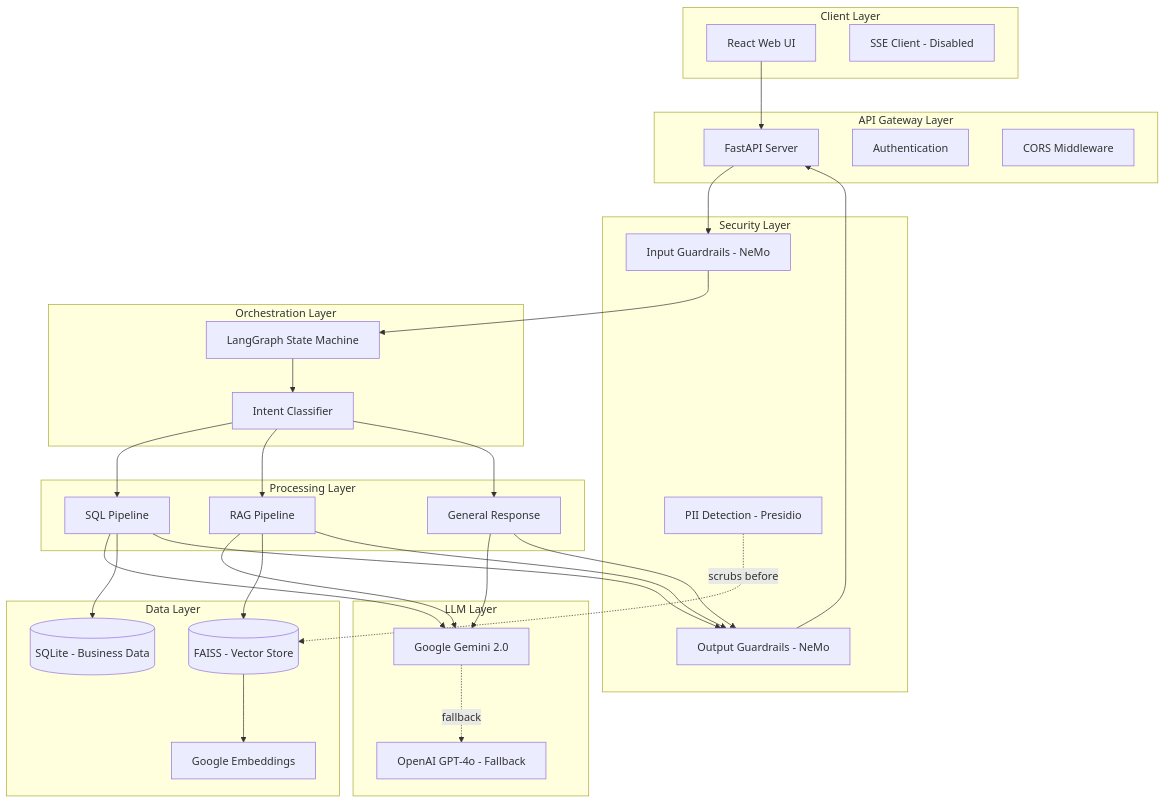
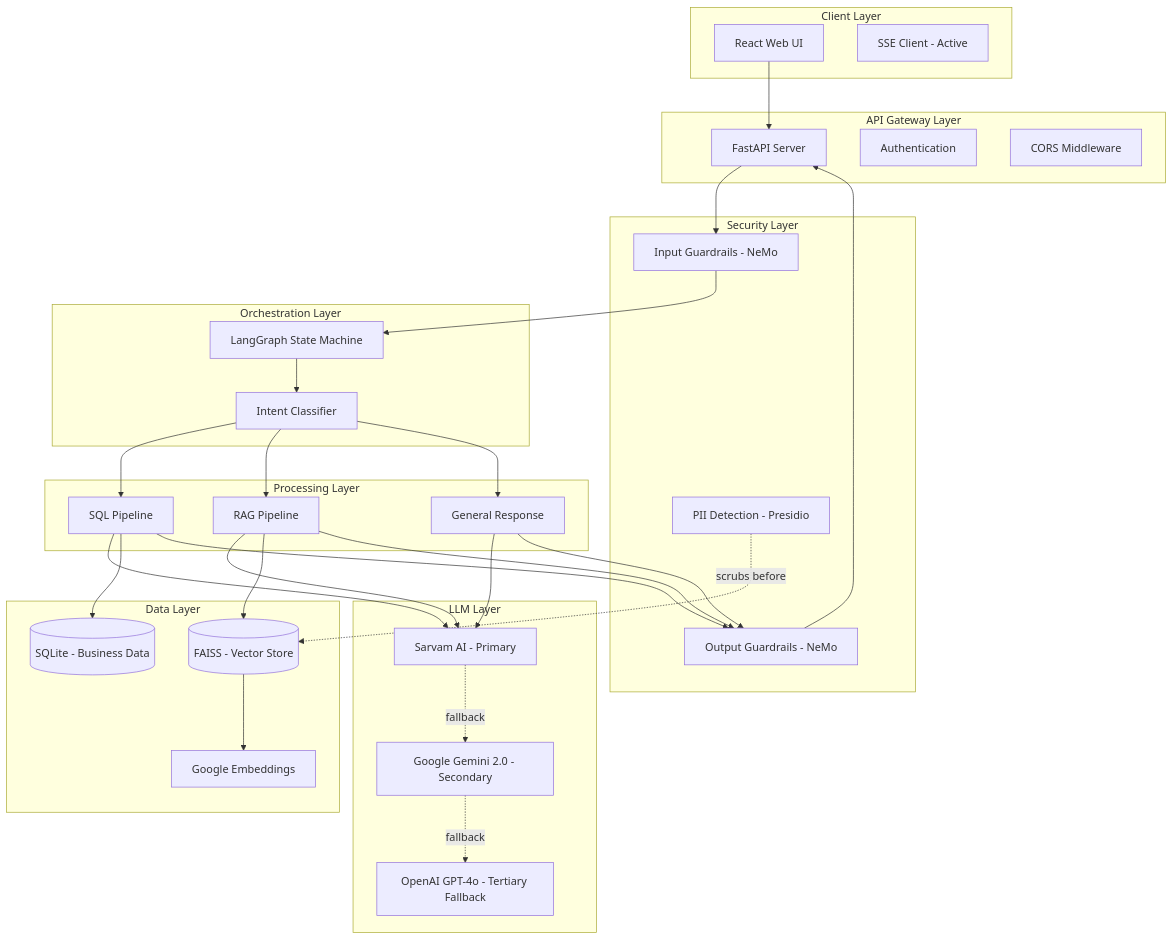
One commit to Tpg1993/text2sqlagent changed the first of 3 diagrams in documentation/HLD.md. Above: the diagram before and after it, drawn with Mermaid. The commit also changed other lines of this file and 2 other files, not shown here.

````diff
--- a/documentation/HLD.md
+++ b/documentation/HLD.md
@@ -9,68 +9,70 @@
 ```mermaid
 graph TB
     subgraph Client["Client Layer"]
         WebUI[React Web UI]
-        SSE["SSE Client - Disabled"]
+        SSE["SSE Client - Active"]
     end
     
     subgraph API["API Gateway Layer"]
         FastAPI[FastAPI Server]
         Auth[Authentication]
         CORS[CORS Middleware]
     end
     
     subgraph Security["Security Layer"]
         InputGuard["Input Guardrails - NeMo"]
         OutputGuard["Output Guardrails - NeMo"]
         PIIDetect["PII Detection - Presidio"]
     end
     
     subgraph Orchestration["Orchestration Layer"]
         LangGraph[LangGraph State Machine]
         Orchestrator[Intent Classifier]
     end
     
     subgraph Processing["Processing Layer"]
         SQL[SQL Pipeline]
         RAG[RAG Pipeline]
         General[General Response]
     end
     
     subgraph LLM["LLM Layer"]
-        Gemini[Google Gemini 2.0]
-        OpenAI["OpenAI GPT-4o - Fallback"]
+        Sarvam["Sarvam AI - Primary"]
+        Gemini["Google Gemini 2.0 - Secondary"]
+        OpenAI["OpenAI GPT-4o - Tertiary Fallback"]
     end
     
     subgraph Data["Data Layer"]
         SQLite[(SQLite - Business Data)]
         FAISS[(FAISS - Vector Store)]
         Embeddings[Google Embeddings]
     end
     
     WebUI --> FastAPI
     FastAPI --> InputGuard
     InputGuard --> LangGraph
     LangGraph --> Orchestrator
     
     Orchestrator --> SQL
     Orchestrator --> RAG
     Orchestrator --> General
     
-    SQL --> Gemini
-    RAG --> Gemini
-    General --> Gemini
+    SQL --> Sarvam
+    RAG --> Sarvam
+    General --> Sarvam
     
+    Sarvam -.fallback.-> Gemini
     Gemini -.fallback.-> OpenAI
     
     SQL --> SQLite
     RAG --> FAISS
     FAISS --> Embeddings
     
     SQL --> OutputGuard
     RAG --> OutputGuard
     General --> OutputGuard
     
     OutputGuard --> FastAPI
     
     PIIDetect -.scrubs before.-> FAISS
 ```
````
